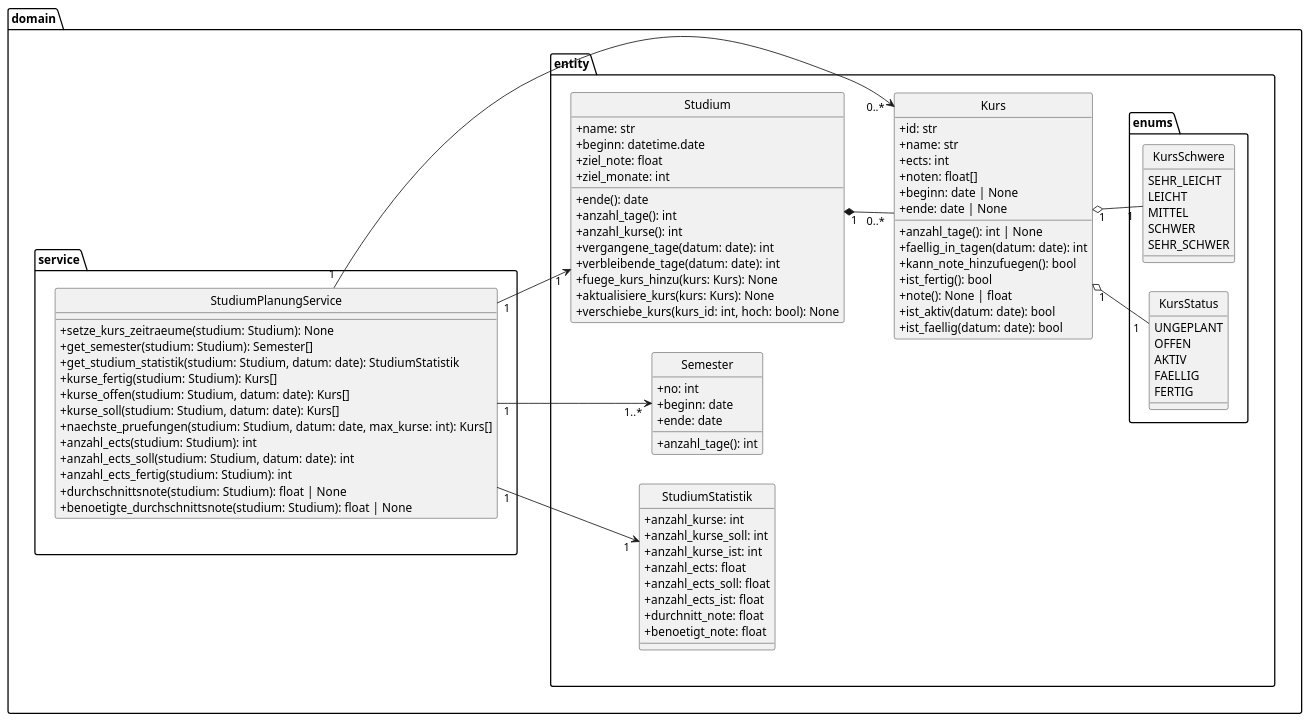
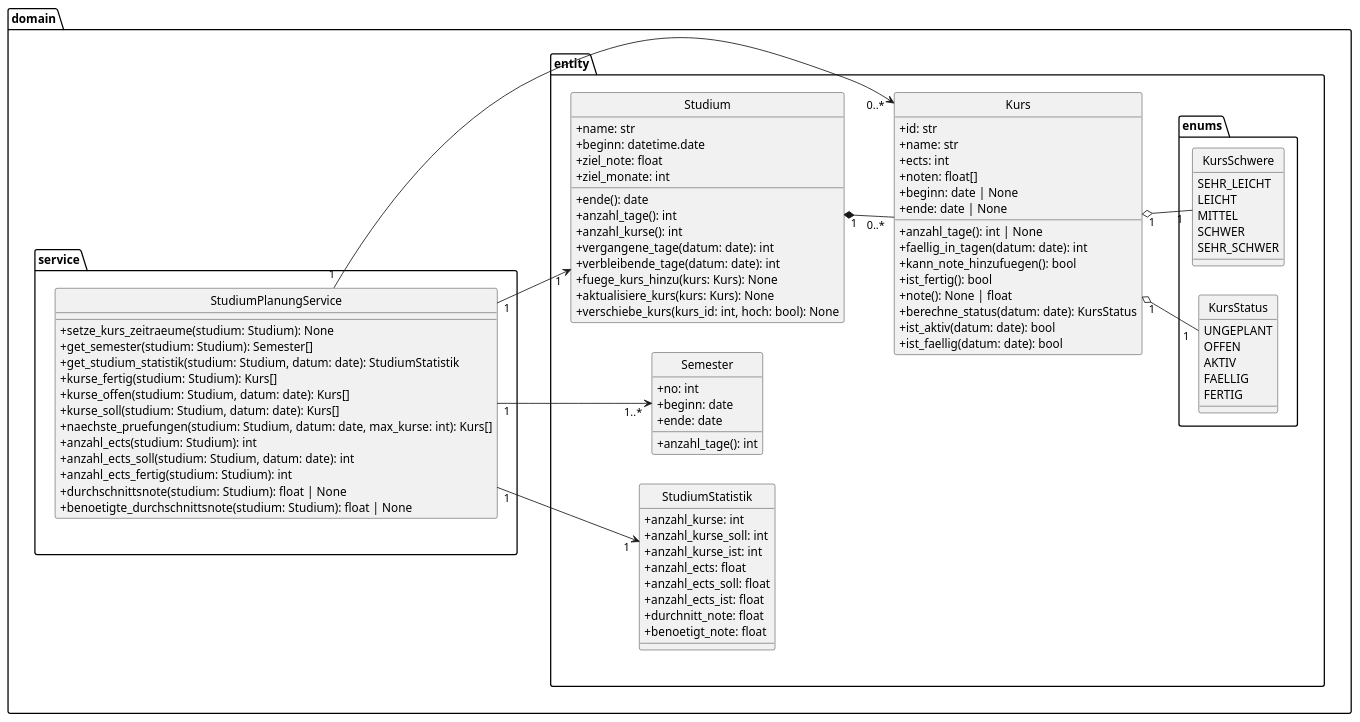
Before and after one commit to thomasanschuetz/ooppython: the diagram in domain.puml, drawn with PlantUML. The commit also changed 6 other files, not shown here.

Commit message:
rename Kurs::get_status to Kurs::berechne_status

```diff
--- a/domain.puml
+++ b/domain.puml
@@ -2,105 +2,106 @@
 @startuml src
 left to right direction
 hide circle
 skinparam classAttributeIconSize 0
 
 package domain {
   package service {
     class StudiumPlanungService {
       +setze_kurs_zeitraeume(studium: Studium): None
       +get_semester(studium: Studium): Semester[]
       +get_studium_statistik(studium: Studium, datum: date): StudiumStatistik
       +kurse_fertig(studium: Studium): Kurs[]
       +kurse_offen(studium: Studium, datum: date): Kurs[]
       +kurse_soll(studium: Studium, datum: date): Kurs[]
       +naechste_pruefungen(studium: Studium, datum: date, max_kurse: int): Kurs[]
       +anzahl_ects(studium: Studium): int
       +anzahl_ects_soll(studium: Studium, datum: date): int
       +anzahl_ects_fertig(studium: Studium): int
       +durchschnittsnote(studium: Studium): float | None
       +benoetigte_durchschnittsnote(studium: Studium): float | None
     }
   }
 
   package entity {
     class Studium {
       +name: str
       +beginn: datetime.date
       +ziel_note: float
       +ziel_monate: int
       +ende(): date
       +anzahl_tage(): int
       +anzahl_kurse(): int
       +vergangene_tage(datum: date): int
       +verbleibende_tage(datum: date): int
       +fuege_kurs_hinzu(kurs: Kurs): None
       +aktualisiere_kurs(kurs: Kurs): None
       +verschiebe_kurs(kurs_id: int, hoch: bool): None
     }
     class Kurs {
       +id: str
       +name: str
       +ects: int
       +noten: float[]
       +beginn: date | None
       +ende: date | None
       +anzahl_tage(): int | None
       +faellig_in_tagen(datum: date): int
       +kann_note_hinzufuegen(): bool
       +ist_fertig(): bool
       +note(): None | float
+      +berechne_status(datum: date): KursStatus
       +ist_aktiv(datum: date): bool
       +ist_faellig(datum: date): bool
     }
 
     class Semester {
       +no: int
       +beginn: date
       +ende: date
       +anzahl_tage(): int
     }
 
     class StudiumStatistik {
       +anzahl_kurse: int
       +anzahl_kurse_soll: int
       +anzahl_kurse_ist: int
       +anzahl_ects: float
       +anzahl_ects_soll: float
       +anzahl_ects_ist: float
       +durchnitt_note: float
       +benoetigt_note: float
     }
 
     package enums{
       enum KursSchwere {
         SEHR_LEICHT
         LEICHT
         MITTEL
         SCHWER
         SEHR_SCHWER
       }
 
       enum KursStatus {
         UNGEPLANT
         OFFEN
         AKTIV
         FAELLIG
         FERTIG
       }
     }
   }
 }
 
 'Service
 StudiumPlanungService "1 " --> "1 " Studium
 StudiumPlanungService "1 " --> "0..* " Kurs
 StudiumPlanungService "1 " --> "1..* " Semester
 StudiumPlanungService "1 " --> "1 " StudiumStatistik
 'Entity
 Studium "1 " *-- "0..* " Kurs
 Kurs "1 " o-- "1 " KursSchwere
 Kurs "1 " o-- "1 " KursStatus
 
 service -[hidden]r->entity
 
 @enduml
```
